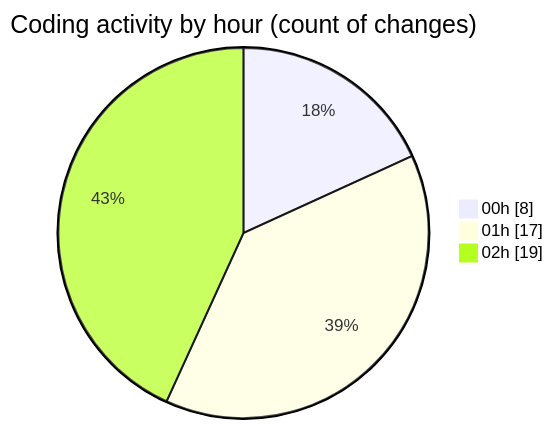
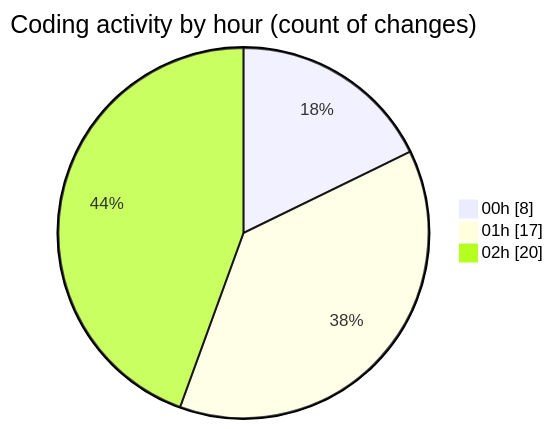
One commit to Elitesun/code-tracking changed the second of 2 diagrams in 2025-05-02/niten/README.md. Above: the diagram before and after it, drawn with Mermaid. The commit also changed other lines of this file and 1 other file, not shown here.

````diff
--- a/2025-05-02/niten/README.md
+++ b/2025-05-02/niten/README.md
@@ -44,7 +45,7 @@
 ```mermaid
 pie showData
 title Coding activity by hour (count of changes)
 "00h" : 8
 "01h" : 17
-"02h" : 19
+"02h" : 20
 ```
````
